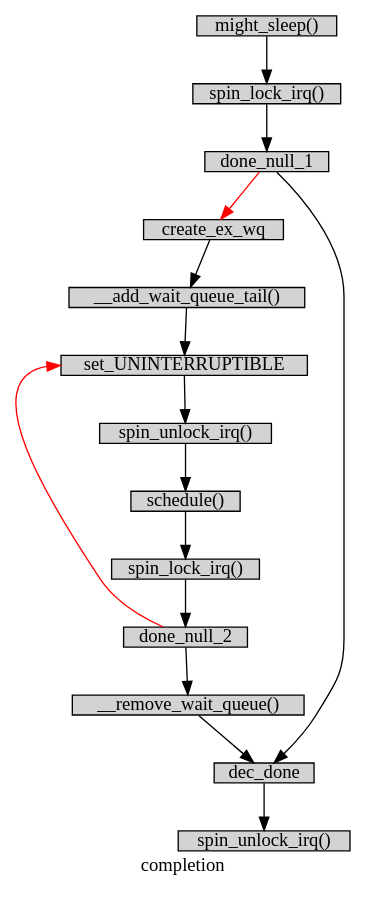
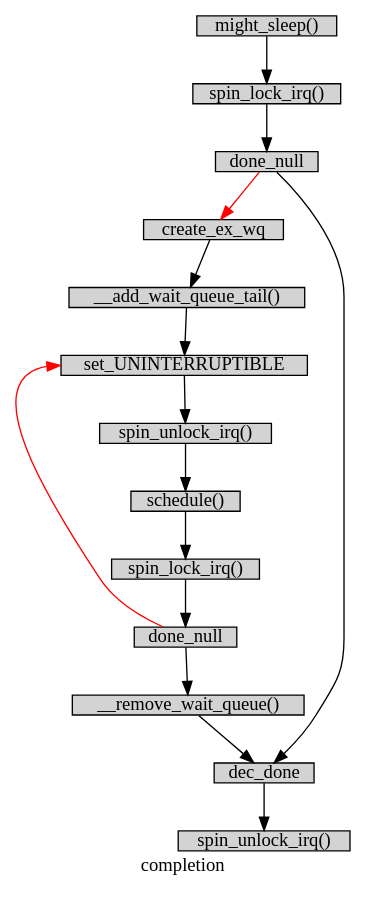
The diagram in ulk5_wait_for_completion.dot (BGCX261/zone-source-git), drawn with Graphviz before and after one commit. The commit also changed 10 other files, not shown here.

```diff
--- a/ulk5_wait_for_completion.dot
+++ b/ulk5_wait_for_completion.dot
@@ -1,35 +1,35 @@
 digraph wait_for_completion{
         label="completion";
         size="10,18";
         ratio=filled;
         
 		node[style=filled, shape = box, margin="0.05,0.005",height="0.1",width="0.1"];
 		might_sleep[label="might_sleep()"];
 		spin_lock_irq_1[label="spin_lock_irq()"];
-		done_null_1;
-		done_null_2;
+		done_null_1[label="done_null"];
+		done_null_2[label="done_null"];
 		create_ex_wq;
 		__add_wait_queue_tail[label="__add_wait_queue_tail()"];
 		set_UNINTERRUPTIBLE;
 		spin_unlock_irq_1[label="spin_unlock_irq()"];
 		schedule[label="schedule()"];
 		spin_lock_irq_2[label="spin_lock_irq()"];
 		__remove_wait_queue[label="__remove_wait_queue()"];
 		dec_done;
 		spin_unlock_irq_2[label="spin_unlock_irq()"];
 		
 		might_sleep -> spin_lock_irq_1;
 		spin_lock_irq_1 -> done_null_1;
 		done_null_1 -> create_ex_wq[color=red];
 		create_ex_wq -> __add_wait_queue_tail;
 		__add_wait_queue_tail -> set_UNINTERRUPTIBLE;
 		set_UNINTERRUPTIBLE -> spin_unlock_irq_1;
 		spin_unlock_irq_1 -> schedule;
 		schedule -> spin_lock_irq_2;
 		spin_lock_irq_2 -> done_null_2;
 		done_null_2 -> set_UNINTERRUPTIBLE:w[color=red];
 		done_null_2 -> __remove_wait_queue;
 		__remove_wait_queue -> dec_done;
 		done_null_1 -> dec_done;
 		dec_done -> spin_unlock_irq_2;
 }
```
